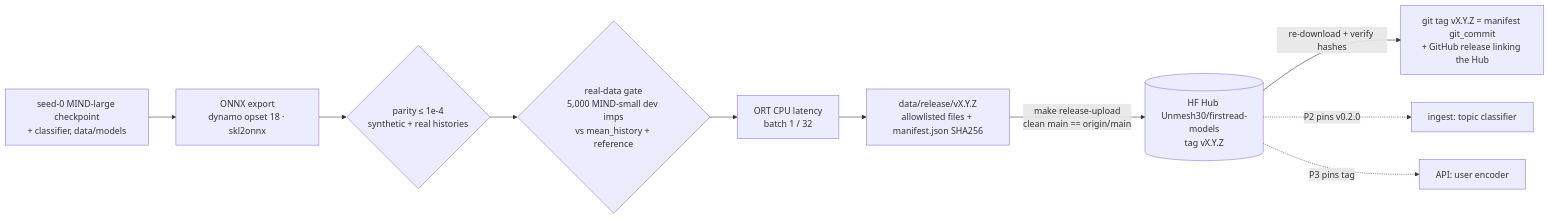
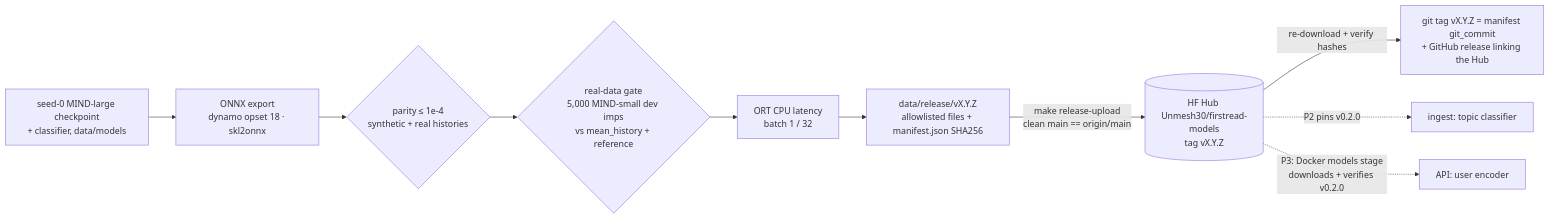
The fourth of 6 diagrams in docs/architecture.md (Unmesh30/firstread), drawn with Mermaid before and after one commit. The commit also changed other lines of this file and 2 other files, not shown here.

First line of the commit message:
docs: ADR 0017 (feed serving pipeline); architecture feed diagram; README local feed walkthrough

````diff
--- a/docs/architecture.md
+++ b/docs/architecture.md
@@ -88,12 +88,12 @@
 ```mermaid
 flowchart LR
   CK[seed-0 MIND-large checkpoint<br/>+ classifier, data/models] --> EX[ONNX export<br/>dynamo opset 18 · skl2onnx]
   EX --> PA{parity ≤ 1e-4<br/>synthetic + real histories}
   PA --> GT{real-data gate<br/>5,000 MIND-small dev imps<br/>vs mean_history + reference}
   GT --> LAT[ORT CPU latency<br/>batch 1 / 32]
   LAT --> DIR[data/release/vX.Y.Z<br/>allowlisted files + manifest.json SHA256]
   DIR -->|make release-upload<br/>clean main == origin/main| HUB[(HF Hub Unmesh30/firstread-models<br/>tag vX.Y.Z)]
   HUB -->|re-download + verify hashes| OK[git tag vX.Y.Z = manifest git_commit<br/>+ GitHub release linking the Hub]
   HUB -.->|P2 pins v0.2.0| ING[ingest: topic classifier]
-  HUB -.->|P3 pins tag| API2[API: user encoder]
+  HUB -.->|P3: Docker models stage<br/>downloads + verifies v0.2.0| API2[API: user encoder]
 ```
````
